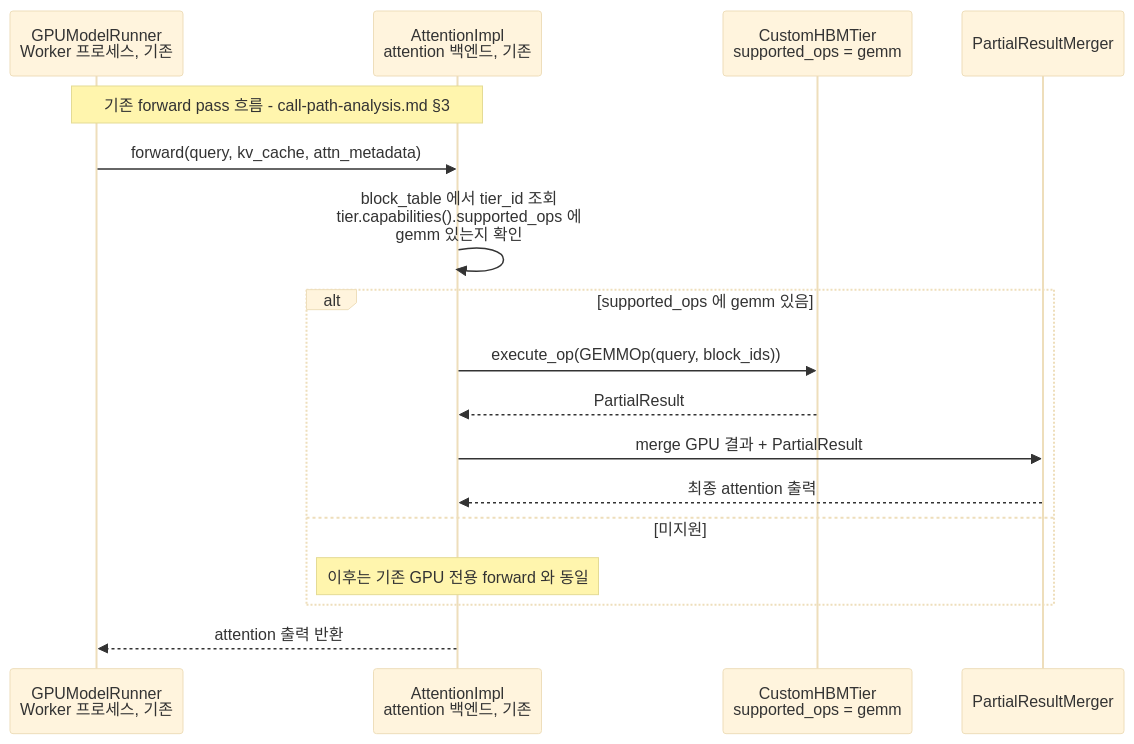
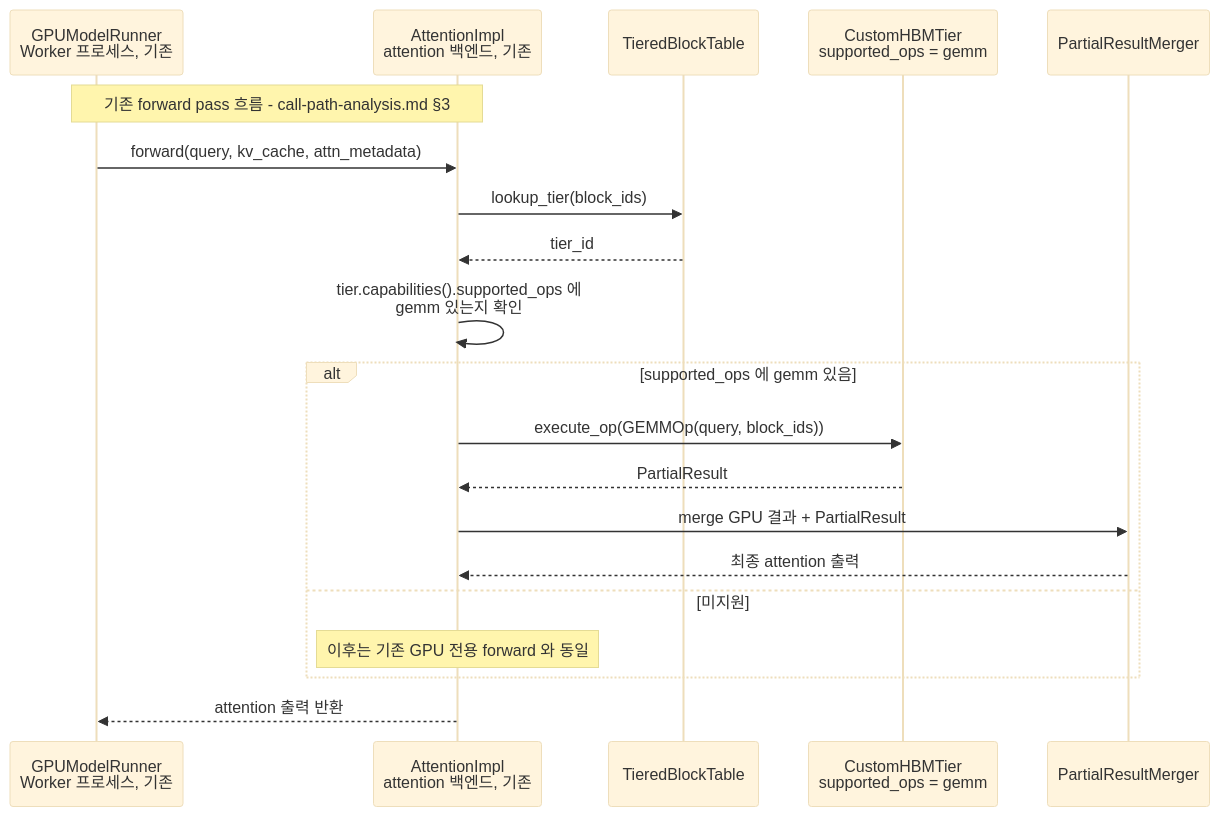
Before and after one commit to mkim0628/vllm: the fifth of 10 diagrams in doc-mk/vllm-memory-abstraction-level-candidates.md, drawn with Mermaid (base theme). The commit also changed other lines of this file, not shown here.

````diff
--- a/doc-mk/vllm-memory-abstraction-level-candidates.md
+++ b/doc-mk/vllm-memory-abstraction-level-candidates.md
@@ -396,20 +409,23 @@
 ```mermaid
 sequenceDiagram
     participant RUNNER as GPUModelRunner<br/>Worker 프로세스, 기존
     participant ATTN as AttentionImpl<br/>attention 백엔드, 기존
+    participant BT as TieredBlockTable
     participant TIER as CustomHBMTier<br/>supported_ops = gemm
     participant MERGE as PartialResultMerger
 
     Note over RUNNER,ATTN: 기존 forward pass 흐름 - call-path-analysis.md §3
     RUNNER->>ATTN: forward(query, kv_cache, attn_metadata)
-    ATTN->>ATTN: block_table 에서 tier_id 조회<br/>tier.capabilities().supported_ops 에<br/>gemm 있는지 확인
+    ATTN->>BT: lookup_tier(block_ids)
+    BT-->>ATTN: tier_id
+    ATTN->>ATTN: tier.capabilities().supported_ops 에<br/>gemm 있는지 확인
     alt supported_ops 에 gemm 있음
         ATTN->>TIER: execute_op(GEMMOp(query, block_ids))
         TIER-->>ATTN: PartialResult
         ATTN->>MERGE: merge GPU 결과 + PartialResult
         MERGE-->>ATTN: 최종 attention 출력
     else 미지원
         Note over ATTN: 이후는 기존 GPU 전용 forward 와 동일
     end
     ATTN-->>RUNNER: attention 출력 반환
 ```
````
